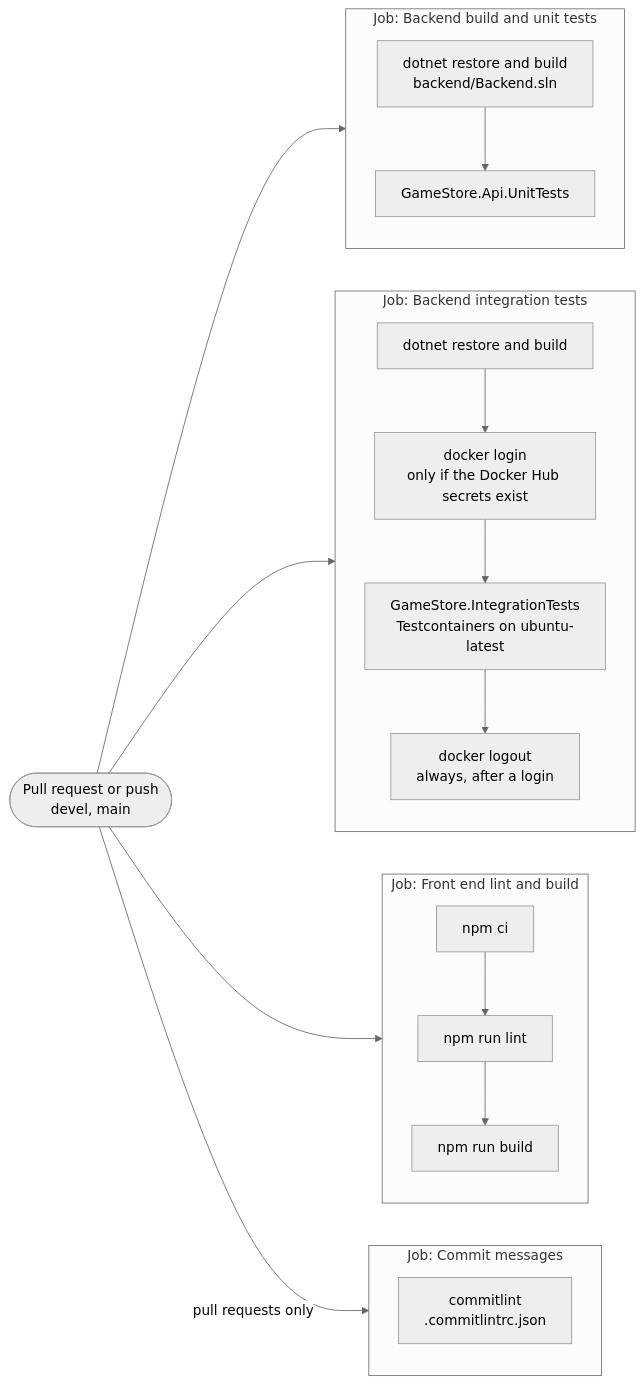
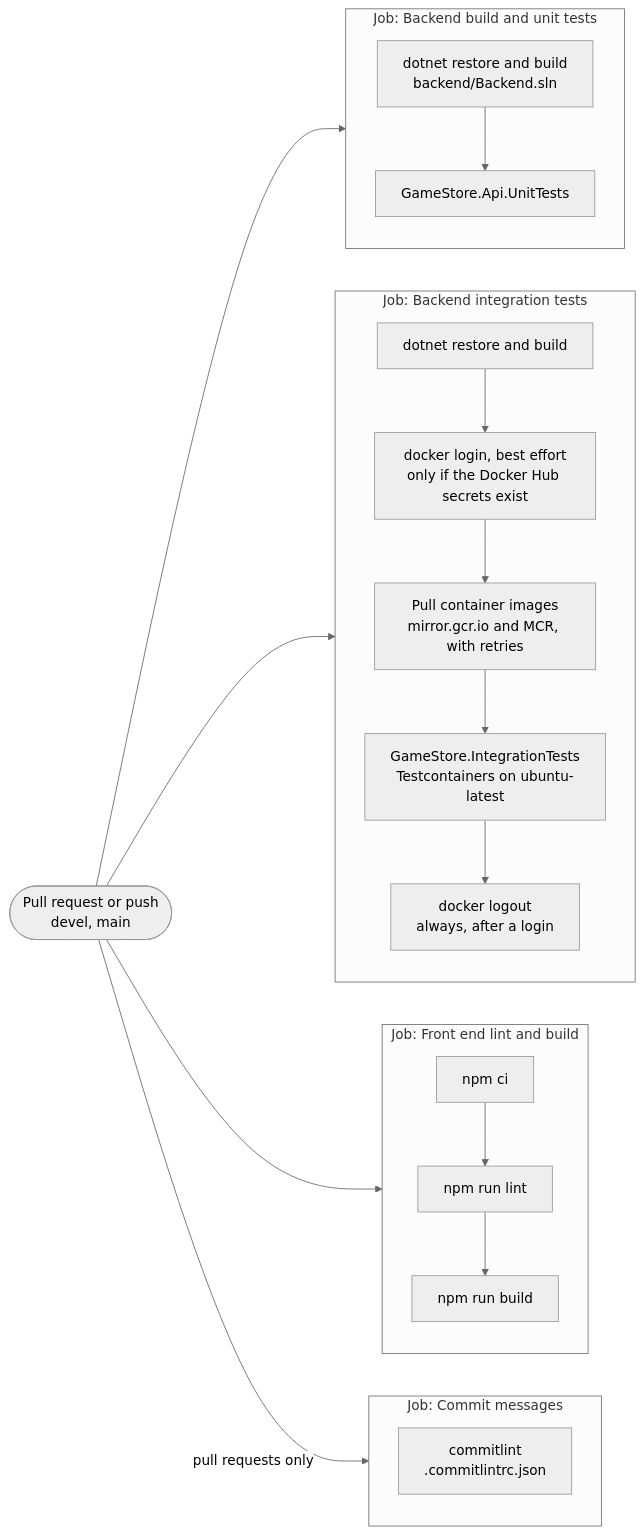
Before and after one commit to Axeloooo/GameStore: diagram 11 of 12 in docs/architecture.md, drawn with Mermaid (neutral theme). The commit also changed other lines of this file and 3 other files, not shown here.

Commit message:
ci: Pulled the test images from a mirror with retries in the integration job

````diff
--- a/docs/architecture.md
+++ b/docs/architecture.md
@@ -407,25 +407,26 @@
 ```mermaid
 flowchart LR
     trigger(["Pull request or push<br/>devel, main"]) --> backend
     trigger --> integration
     trigger --> frontend
     trigger -->|"pull requests only"| commits
 
     subgraph backend["Job: Backend build and unit tests"]
         b1["dotnet restore and build<br/>backend/Backend.sln"] --> b2["GameStore.Api.UnitTests"]
     end
 
     subgraph integration["Job: Backend integration tests"]
-        i1["dotnet restore and build"] --> i0["docker login<br/>only if the Docker Hub secrets exist"]
-        i0 --> i2["GameStore.IntegrationTests<br/>Testcontainers on ubuntu-latest"]
+        i1["dotnet restore and build"] --> i0["docker login, best effort<br/>only if the Docker Hub secrets exist"]
+        i0 --> ip["Pull container images<br/>mirror.gcr.io and MCR, with retries"]
+        ip --> i2["GameStore.IntegrationTests<br/>Testcontainers on ubuntu-latest"]
         i2 --> i3["docker logout<br/>always, after a login"]
     end
 
     subgraph frontend["Job: Front end lint and build"]
         f1["npm ci"] --> f2["npm run lint"] --> f3["npm run build"]
     end
 
     subgraph commits["Job: Commit messages"]
         c1["commitlint<br/>.commitlintrc.json"]
     end
 ```
````
